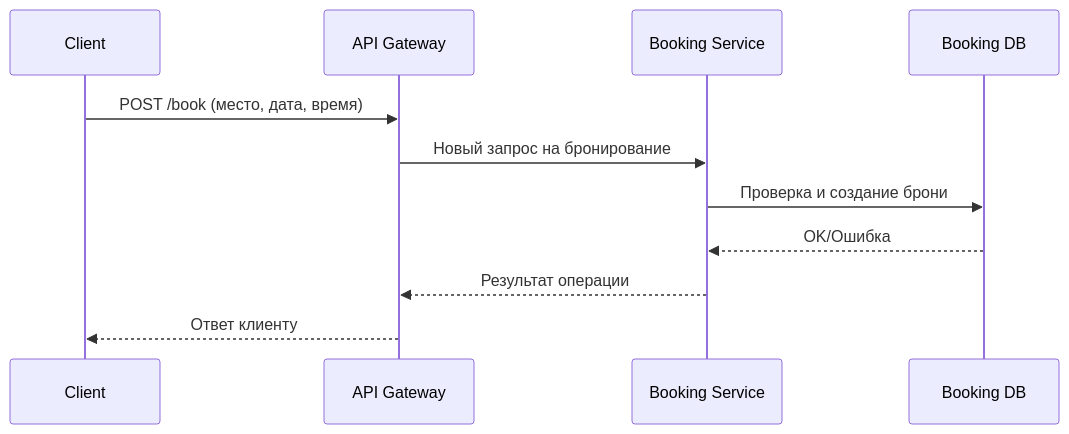
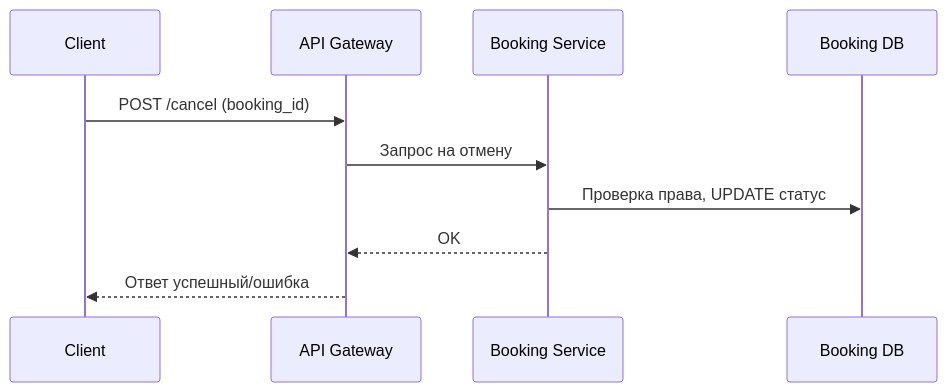
One commit to joshixap/orv changed the fourth of 4 diagrams in tr.md. Above: the diagram before and after it, drawn with Mermaid. The commit also changed other lines of this file, not shown here.

````diff
--- a/tr.md
+++ b/tr.md
@@ -158,14 +262,13 @@
 ```mermaid
 sequenceDiagram
     participant C as Client
-    participant G as API Gateway
-    participant B as Booking Service
-    participant D as Booking DB
+    participant GW as API Gateway
+    participant BS as Booking Service
+    participant DB as Booking DB
 
-    C->>G: POST /book (место, дата, время)
-    G->>B: Новый запрос на бронирование
-    B->>D: Проверка и создание брони
-    D-->>B: OK/Ошибка
-    B-->>G: Результат операции
-    G-->>C: Ответ клиенту
+    C->>GW: POST /cancel (booking_id)
+    GW->>BS: Запрос на отмену
+    BS->>DB: Проверка права, UPDATE статус
+    BS-->>GW: OK
+    GW-->>C: Ответ успешный/ошибка
 ```
````
